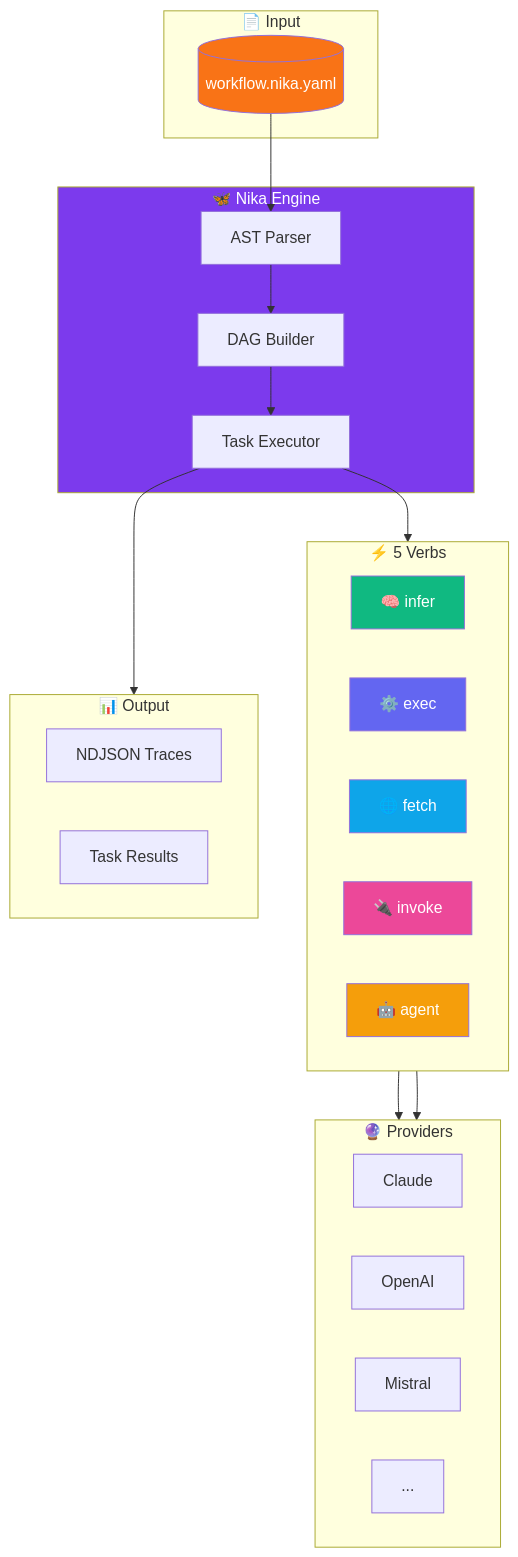
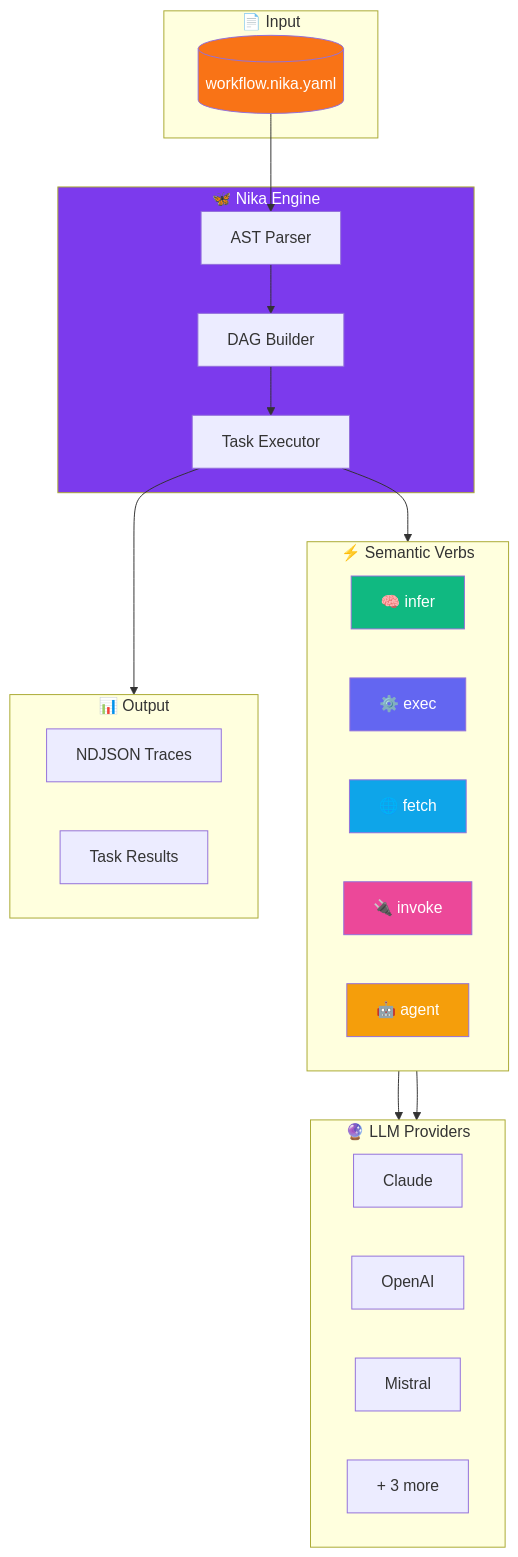
One commit to supernovae-st/nika changed the first of 3 diagrams in README.md. Above: the diagram before and after it, drawn with Mermaid. The commit also changed other lines of this file, not shown here.

First line of the commit message:
docs(readme): enhance with ascii tui, sequence diagram, tech stack

````diff
--- a/README.md
+++ b/README.md
@@ -140,50 +198,50 @@
 ```mermaid
 flowchart TB
     subgraph Input["📄 Input"]
         YAML[("workflow.nika.yaml")]
     end
 
-    subgraph Nika["🦋 Nika Engine"]
+    subgraph Engine["🦋 Nika Engine"]
         Parser["AST Parser"]
         DAG["DAG Builder"]
         Executor["Task Executor"]
 
         Parser --> DAG --> Executor
     end
 
-    subgraph Verbs["⚡ 5 Verbs"]
+    subgraph Verbs["⚡ Semantic Verbs"]
         direction LR
         Infer["🧠 infer"]
         Exec["⚙️ exec"]
         Fetch["🌐 fetch"]
         Invoke["🔌 invoke"]
         Agent["🤖 agent"]
     end
 
-    subgraph Providers["🔮 Providers"]
+    subgraph Providers["🔮 LLM Providers"]
         direction LR
         Claude["Claude"]
         OpenAI["OpenAI"]
         Mistral["Mistral"]
-        Others["..."]
+        More["+ 3 more"]
     end
 
     subgraph Output["📊 Output"]
         Traces["NDJSON Traces"]
         Results["Task Results"]
     end
 
     YAML --> Parser
     Executor --> Verbs
     Infer --> Providers
     Agent --> Providers
     Executor --> Output
 
-    style Nika fill:#7c3aed,color:#fff
+    style Engine fill:#7c3aed,color:#fff
     style YAML fill:#f97316,color:#fff
     style Infer fill:#10b981,color:#fff
     style Exec fill:#6366f1,color:#fff
     style Fetch fill:#0ea5e9,color:#fff
     style Invoke fill:#ec4899,color:#fff
     style Agent fill:#f59e0b,color:#fff
 ```
````
